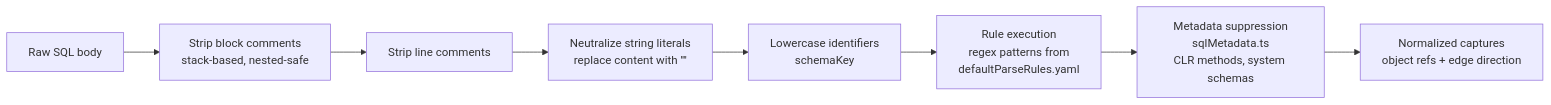
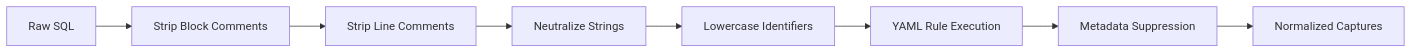
The second of 2 diagrams in docs/DEVELOPER_GUIDE.md (ChrisDevRepo/vscode_data_lineage), drawn with Mermaid before and after one commit. The commit also changed other lines of this file and 14 other files, not shown here.

````diff
--- a/docs/DEVELOPER_GUIDE.md
+++ b/docs/DEVELOPER_GUIDE.md
@@ -67,10 +39,10 @@
 ```mermaid
 flowchart LR
-    IN[Raw SQL body] --> C1[Strip block comments<br/>stack-based, nested-safe]
-    C1 --> C2[Strip line comments]
-    C2 --> C3[Neutralize string literals<br/>replace content with '''']
-    C3 --> C4[Lowercase identifiers<br/>schemaKey]
-    C4 --> RE[Rule execution<br/>regex patterns from<br/>defaultParseRules.yaml]
-    RE --> SUP[Metadata suppression<br/>sqlMetadata.ts<br/>CLR methods, system schemas]
-    SUP --> CAP[Normalized captures<br/>object refs + edge direction]
+    IN[Raw SQL] --> C1[Strip Block Comments]
+    C1 --> C2[Strip Line Comments]
+    C2 --> C3[Neutralize Strings]
+    C3 --> C4[Lowercase Identifiers]
+    C4 --> RE[YAML Rule Execution]
+    RE --> SUP[Metadata Suppression]
+    SUP --> CAP[Normalized Captures]
 ```
````
